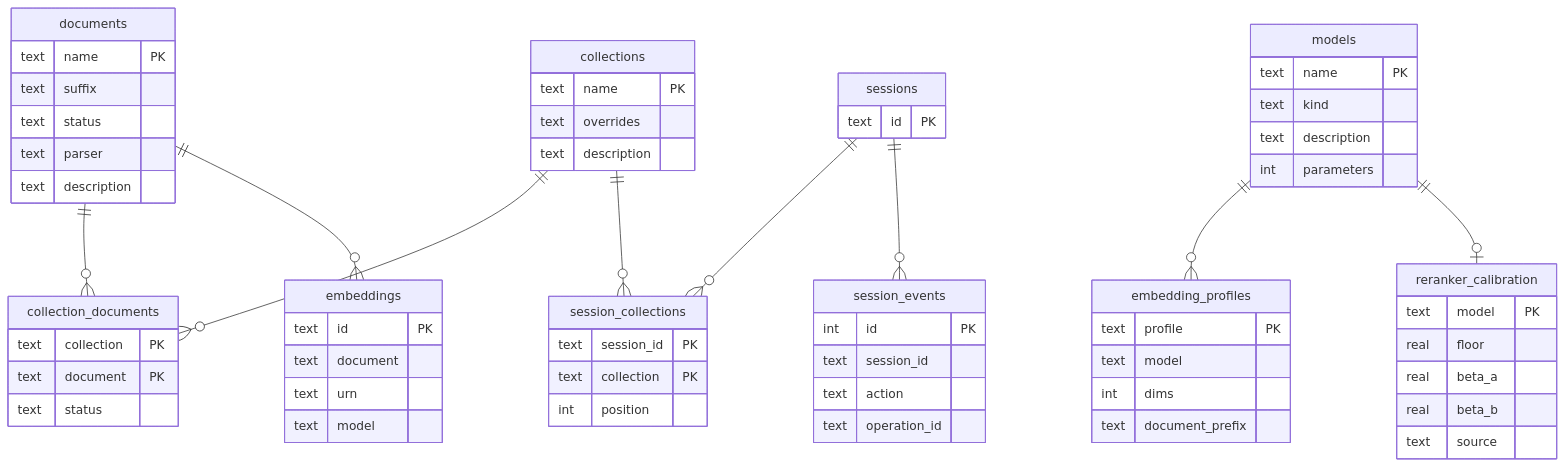
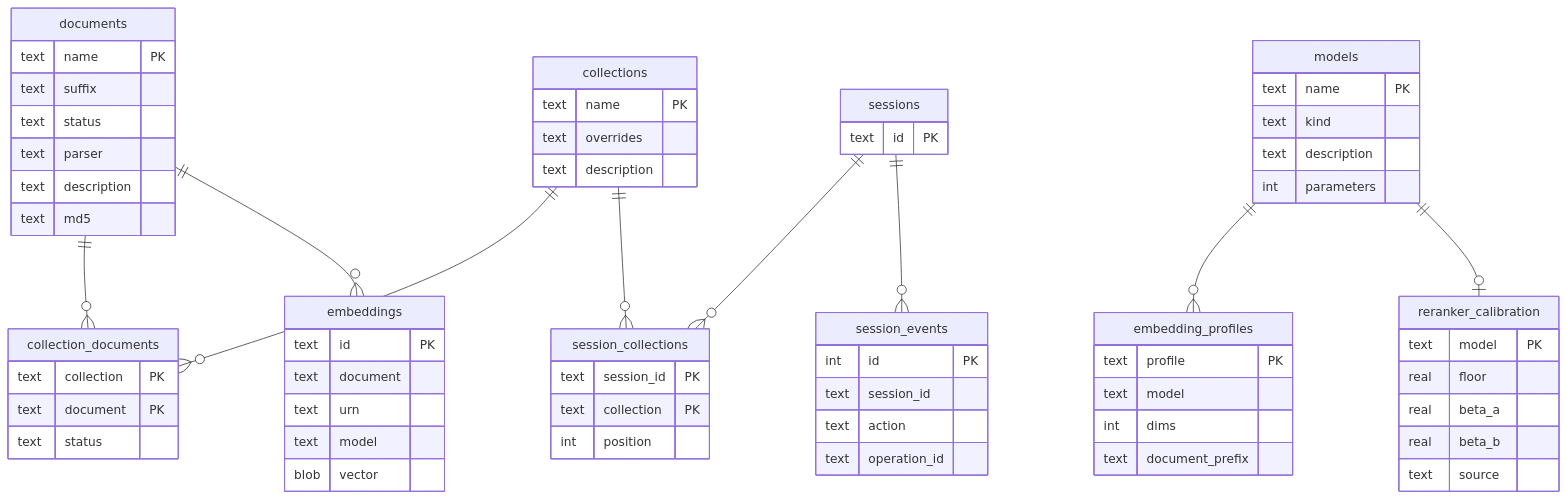
The diagram in docs/storage.md (haskian/haskie), drawn with Mermaid before and after one commit. The commit also changed other lines of this file and 44 other files, not shown here.

````diff
--- a/docs/storage.md
+++ b/docs/storage.md
@@ -32,67 +32,69 @@
 ```mermaid
 erDiagram
     documents ||--o{ collection_documents : ""
     collections ||--o{ collection_documents : ""
     documents ||--o{ embeddings : ""
     sessions ||--o{ session_collections : ""
     collections ||--o{ session_collections : ""
     sessions ||--o{ session_events : ""
     models ||--o{ embedding_profiles : ""
     models ||--o| reranker_calibration : ""
     documents {
         text name PK
         text suffix
         text status
         text parser
         text description
+        text md5
     }
     collections {
         text name PK
         text overrides
         text description
     }
     collection_documents {
         text collection PK
         text document PK
         text status
     }
     embeddings {
         text id PK
         text document
         text urn
         text model
+        blob vector
     }
     sessions {
         text id PK
     }
     session_collections {
         text session_id PK
         text collection PK
         int position
     }
     session_events {
         int id PK
         text session_id
         text action
         text operation_id
     }
     models {
         text name PK
         text kind
         text description
         int parameters
     }
     embedding_profiles {
         text profile PK
         text model
         int dims
         text document_prefix
     }
     reranker_calibration {
         text model PK
         real floor
         real beta_a
         real beta_b
         text source
     }
 ```
````
